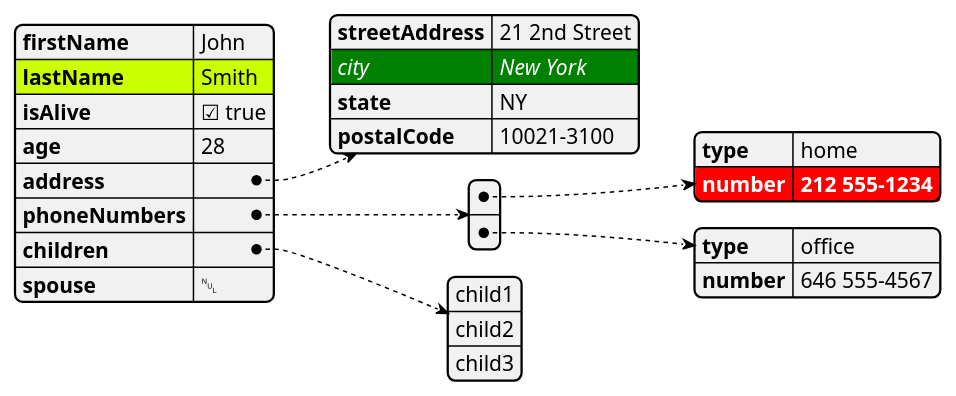
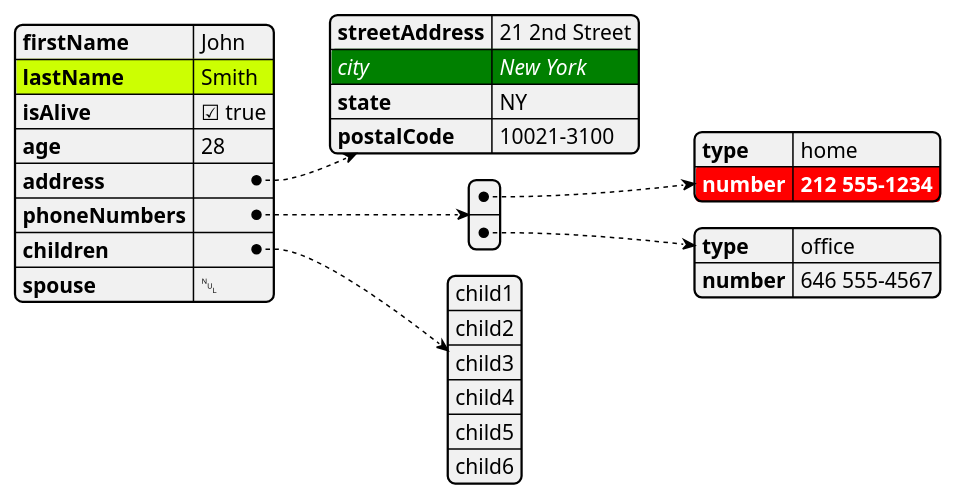
The diagram in diagrams/jsonDiagram.puml (adautomendes/plantUmlAutomation), drawn with PlantUML before and after one commit.

Commit message:
Add JSON

```diff
--- a/diagrams/jsonDiagram.puml
+++ b/diagrams/jsonDiagram.puml
@@ -1,45 +1,48 @@
 @startjson
 <style>
   .h1 {
     BackGroundColor green
     FontColor white
     FontStyle italic
   }
   .h2 {
     BackGroundColor red
     FontColor white
     FontStyle bold
   }
 </style>
 #highlight "lastName"
 #highlight "address" / "city" <<h1>>
 #highlight "phoneNumbers" / "0" / "number" <<h2>>
 {
   "firstName": "John",
   "lastName": "Smith",
   "isAlive": true,
   "age": 28,
   "address": {
     "streetAddress": "21 2nd Street",
     "city": "New York",
     "state": "NY",
     "postalCode": "10021-3100"
   },
   "phoneNumbers": [
     {
       "type": "home",
       "number": "212 555-1234"
     },
     {
       "type": "office",
       "number": "646 555-4567"
     }
   ],
   "children": [
     "child1",
     "child2",
-    "child3"
+    "child3",
+    "child4",
+    "child5",
+    "child6"
   ],
   "spouse": null
 }
 @endjson
```
